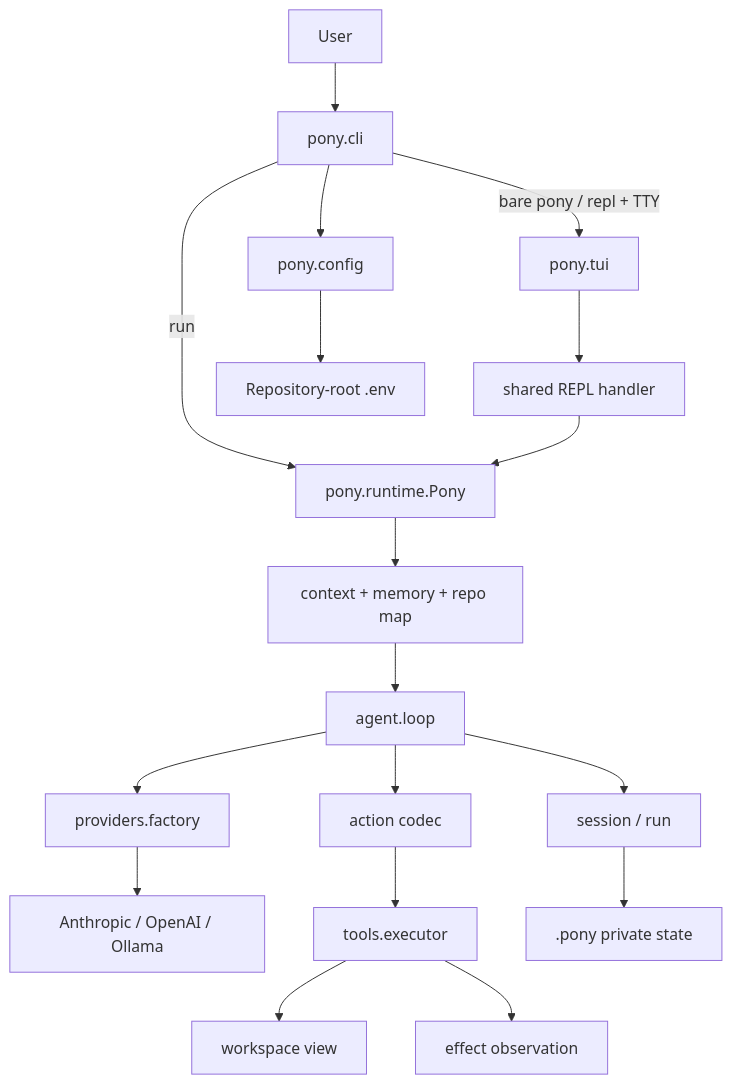
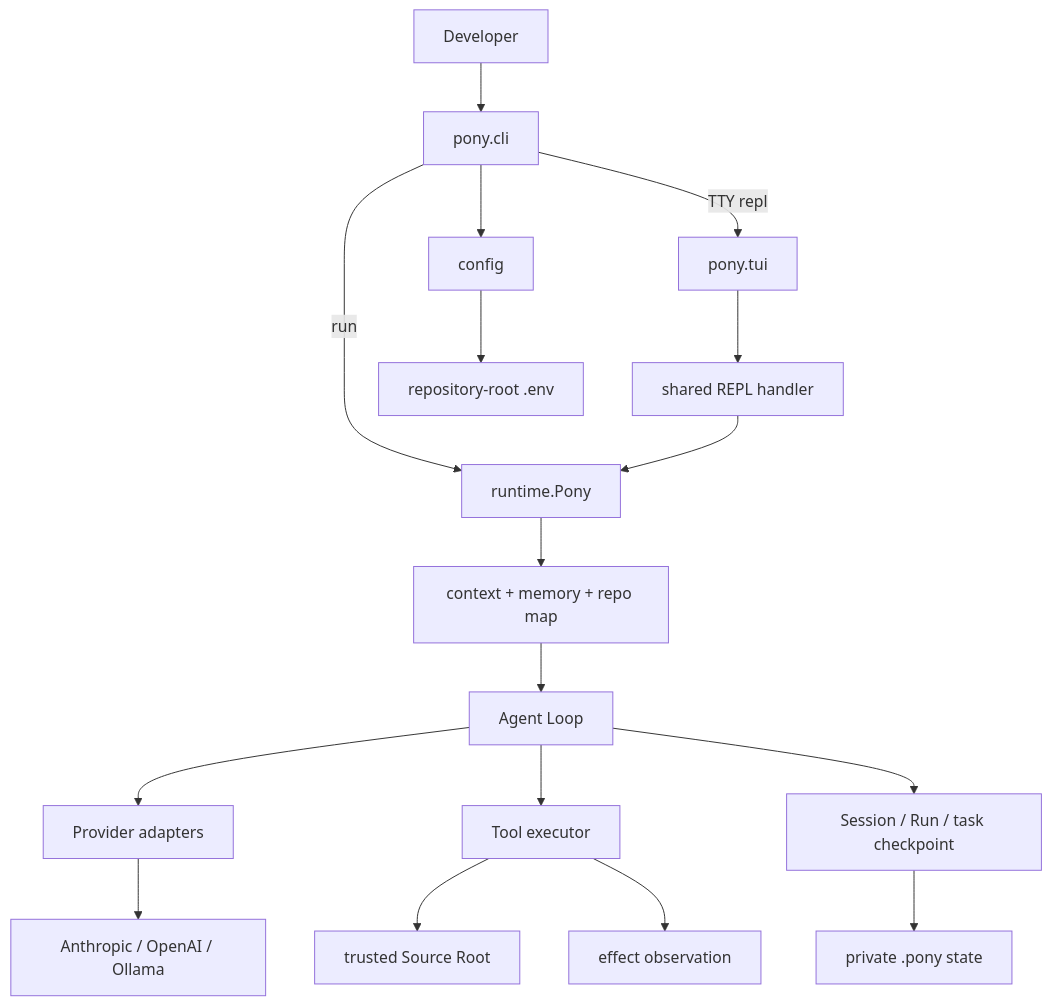
Before and after one commit to xiawiie/pony-code: the first of 8 diagrams in docs/architecture.md, drawn with Mermaid. The commit also changed other lines of this file and 1 other file, not shown here.

````diff
--- a/docs/architecture.md
+++ b/docs/architecture.md
@@ -9,20 +9,19 @@
 ```mermaid
 flowchart TB
-    U["User"] --> CLI["pony.cli"]
-    CLI -->|"bare pony / repl + TTY"| TUI["pony.tui"]
+    U["Developer"] --> CLI["pony.cli"]
+    CLI -->|"TTY repl"| TUI["pony.tui"]
     TUI --> REPL["shared REPL handler"]
-    CLI -->|"run"| RT["pony.runtime.Pony"]
+    CLI -->|"run"| RT["runtime.Pony"]
     REPL --> RT
-    CLI --> CFG["pony.config"]
-    CFG --> ENV["Repository-root .env"]
-    RT --> CTX["context + memory + repo map"]
-    CTX --> LOOP["agent.loop"]
-    LOOP --> PF["providers.factory"]
-    PF --> API["Anthropic / OpenAI / Ollama"]
-    LOOP --> ACT["action codec"]
-    ACT --> TOOLS["tools.executor"]
-    TOOLS --> WRK["workspace view"]
-    LOOP --> STATE["session / run"]
-    STATE --> LOCAL[".pony private state"]
-    TOOLS --> OBS["effect observation"]
+    CLI --> CFG["config"]
+    CFG --> ENV["repository-root .env"]
+    RT --> CXT["context + memory + repo map"]
+    CXT --> LOOP["Agent Loop"]
+    LOOP --> PROV["Provider adapters"]
+    PROV --> API["Anthropic / OpenAI / Ollama"]
+    LOOP --> TOOL["Tool executor"]
+    TOOL --> ROOT["trusted Source Root"]
+    LOOP --> STATE["Session / Run / task checkpoint"]
+    STATE --> PONY["private .pony state"]
+    TOOL --> EFFECT["effect observation"]
 ```
````
